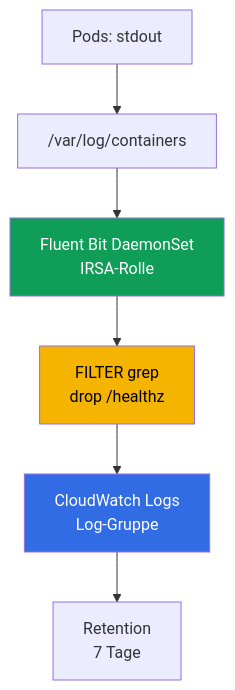
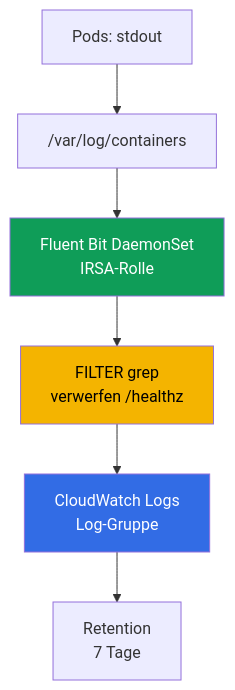
The first of 2 diagrams in tasks/eks/labs/115/README_DE.MD (ViktorUJ/cks), drawn with Mermaid before and after one commit. The commit also changed 221 other files, not shown here.

````diff
--- a/tasks/eks/labs/115/README_DE.MD
+++ b/tasks/eks/labs/115/README_DE.MD
@@ -47,13 +47,13 @@
 ```mermaid
 flowchart TB
     app["Pods: stdout"]
     files["/var/log/containers"]
     fb["Fluent Bit DaemonSet<br>IRSA-Rolle"]
-    filt["FILTER grep<br>drop /healthz"]
+    filt["FILTER grep<br>verwerfen /healthz"]
     cw["CloudWatch Logs<br>Log-Gruppe"]
     ret["Retention<br>7 Tage"]
     app --> files --> fb --> filt --> cw --> ret
     style fb fill:#0f9d58,color:#fff
     style filt fill:#f4b400,color:#000
     style cw fill:#326ce5,color:#fff
 ```
````
